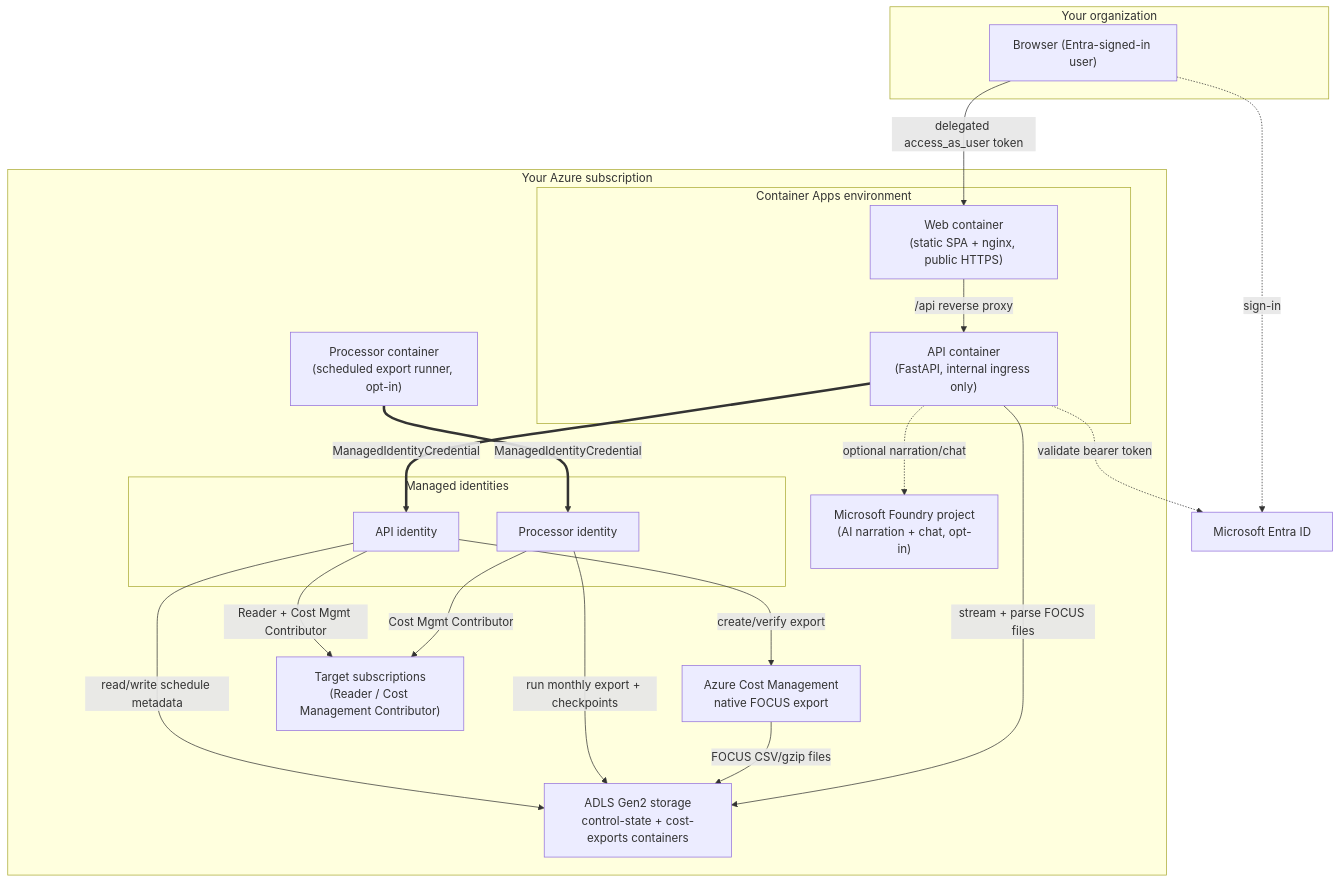
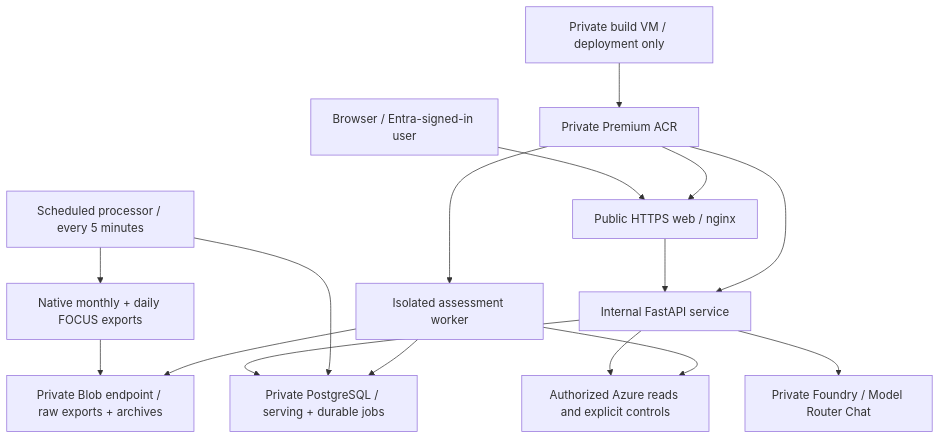
One commit to Saby007/MeghKoshaAI changed the diagram in README.md. Above: the diagram before and after it, drawn with Mermaid. The commit also changed other lines of this file, not shown here.

First line of the commit message:
docs: align feature README with private PostgreSQL deployment

````diff
--- a/README.md
+++ b/README.md
@@ -35,41 +63,18 @@
 ```mermaid
 flowchart TB
-    subgraph User["Your organization"]
-        Browser["Browser (Entra-signed-in user)"]
-    end
-
-    subgraph Azure["Your Azure subscription"]
-        subgraph CAE["Container Apps environment"]
-            Web["Web container<br/>(static SPA + nginx, public HTTPS)"]
-            API["API container<br/>(FastAPI, internal ingress only)"]
-        end
-        Processor["Processor container<br/>(scheduled export runner, opt-in)"]
-
-        subgraph Identities["Managed identities"]
-            ApiMI["API identity"]
-            ProcMI["Processor identity"]
-        end
-
-        ADLS["ADLS Gen2 storage<br/>control-state + cost-exports containers"]
-        CM["Azure Cost Management<br/>native FOCUS export"]
-        Foundry["Microsoft Foundry project<br/>(AI narration + chat, opt-in)"]
-        Targets["Target subscriptions<br/>(Reader / Cost Management Contributor)"]
-    end
-
-    Entra["Microsoft Entra ID"]
-
-    Browser -- "delegated access_as_user token" --> Web
-    Web -- "/api reverse proxy" --> API
-    Browser -. "sign-in" .-> Entra
-    API -. "validate bearer token" .-> Entra
-    API == "ManagedIdentityCredential" ==> ApiMI
-    ApiMI -- "Reader + Cost Mgmt Contributor" --> Targets
-    ApiMI -- "read/write schedule metadata" --> ADLS
-    ApiMI -- "create/verify export" --> CM
-    Processor == "ManagedIdentityCredential" ==> ProcMI
-    ProcMI -- "Cost Mgmt Contributor" --> Targets
-    ProcMI -- "run monthly export + checkpoints" --> ADLS
-    CM -- "FOCUS CSV/gzip files" --> ADLS
-    API -- "stream + parse FOCUS files" --> ADLS
-    API -. "optional narration/chat" .-> Foundry
+    Browser["Browser / Entra-signed-in user"] --> Web["Public HTTPS web / nginx"]
+    Web --> API["Internal FastAPI service"]
+    API --> SQL["Private PostgreSQL / serving + durable jobs"]
+    API --> ARM["Authorized Azure reads and explicit controls"]
+    API --> Foundry["Private Foundry / Model Router Chat"]
+    Scheduler["Scheduled processor / every 5 minutes"] --> Exports["Native monthly + daily FOCUS exports"]
+    Scheduler --> SQL
+    Exports --> Blob["Private Blob endpoint / raw exports + archives"]
+    Worker["Isolated assessment worker"] --> Blob
+    Worker --> ARM
+    Worker --> SQL
+    Builder["Private build VM / deployment only"] --> ACR["Private Premium ACR"]
+    ACR --> Web
+    ACR --> API
+    ACR --> Worker
 ```
````
